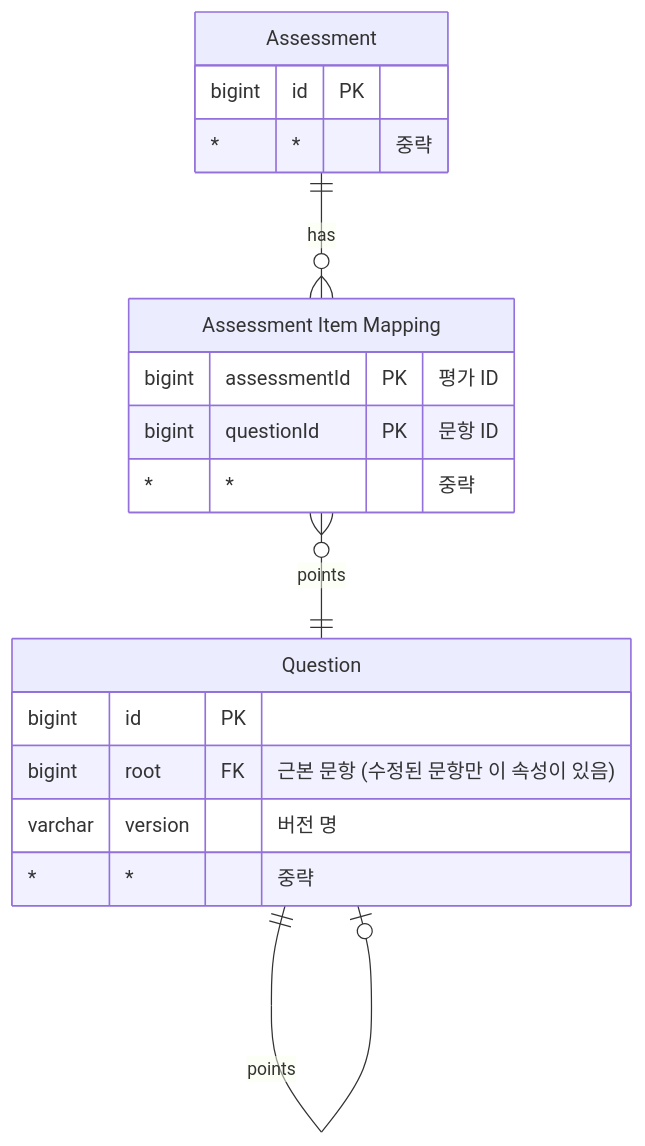
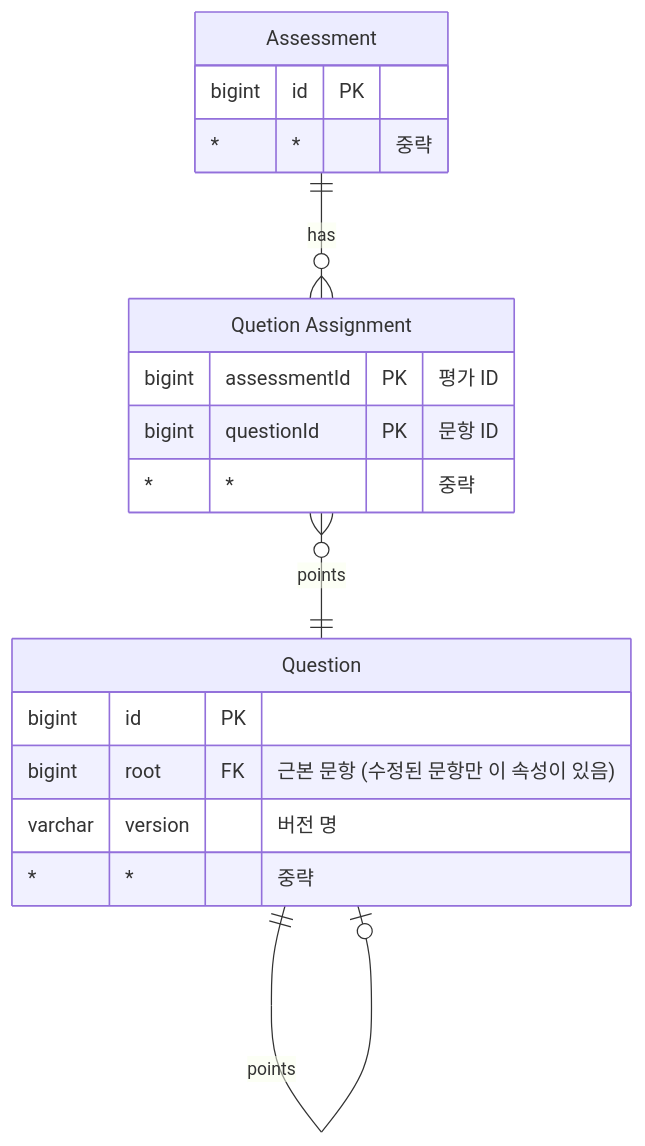
Before and after one commit to SQL-GURU/sql-guru: the first of 2 diagrams in docs/회의록/240316.md, drawn with Mermaid.

Commit message:
Update 회의록 240316

````diff
--- a/docs/회의록/240316.md
+++ b/docs/회의록/240316.md
@@ -20,27 +20,27 @@
 ```mermaid
 erDiagram
 
-  a ||--o{ m : has
+  a ||--o{ qa : has
 
   a["Assessment"] {
     bigint id PK
     * * "중략"
   }
 
-  m }o--|| q : points
+  qa }o--|| q : points
 
-  m["Assessment Item Mapping"] {
+  qa["Quetion Assignment"] {
     bigint assessmentId PK "평가 ID"
     bigint questionId PK "문항 ID"
     * * "중략"
   }
 
   q ||--o| q : points
 
   q["Question"] {
     bigint id PK
     bigint root FK "근본 문항 (수정된 문항만 이 속성이 있음)"
     varchar version "버전 명"
     * * "중략"
   }
 ```
````
